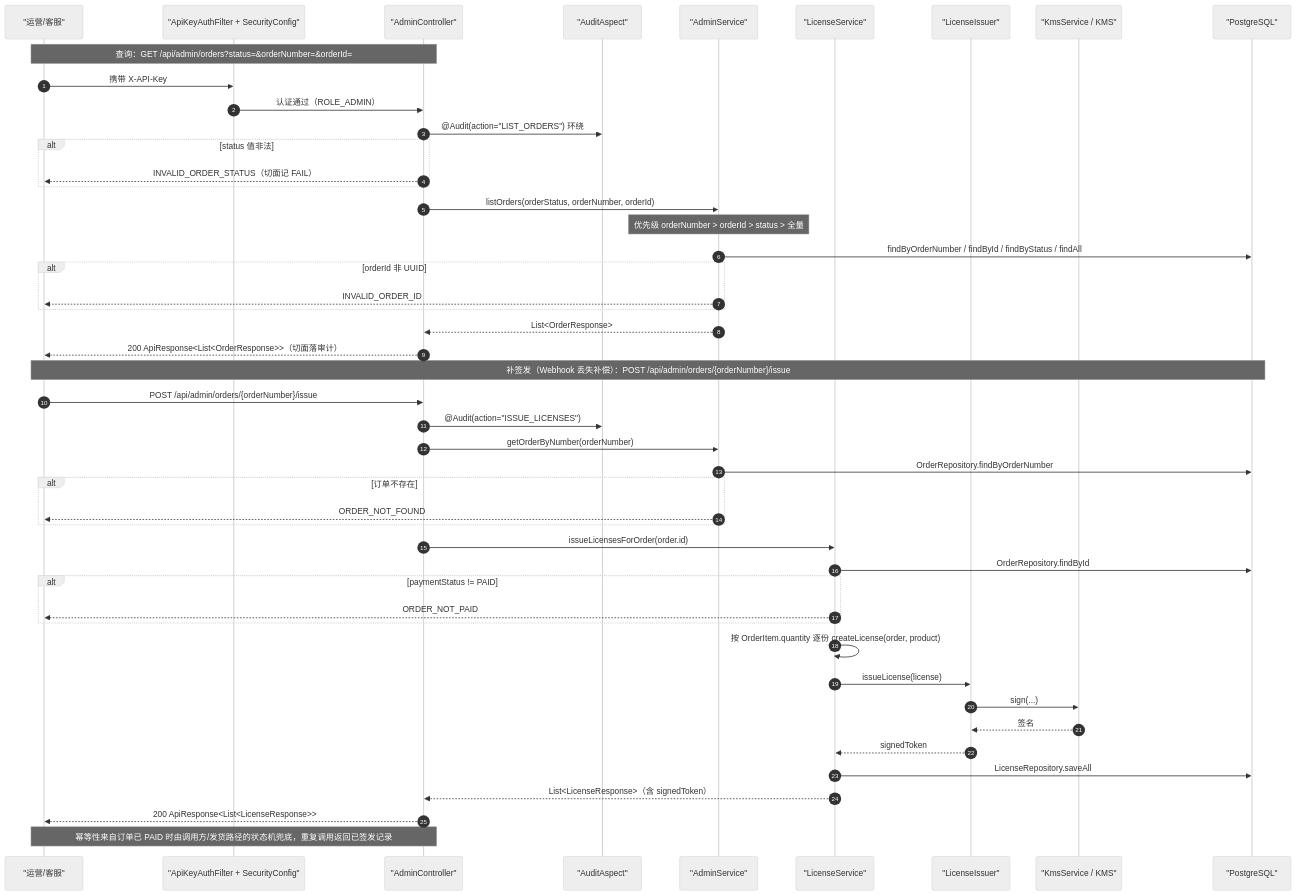
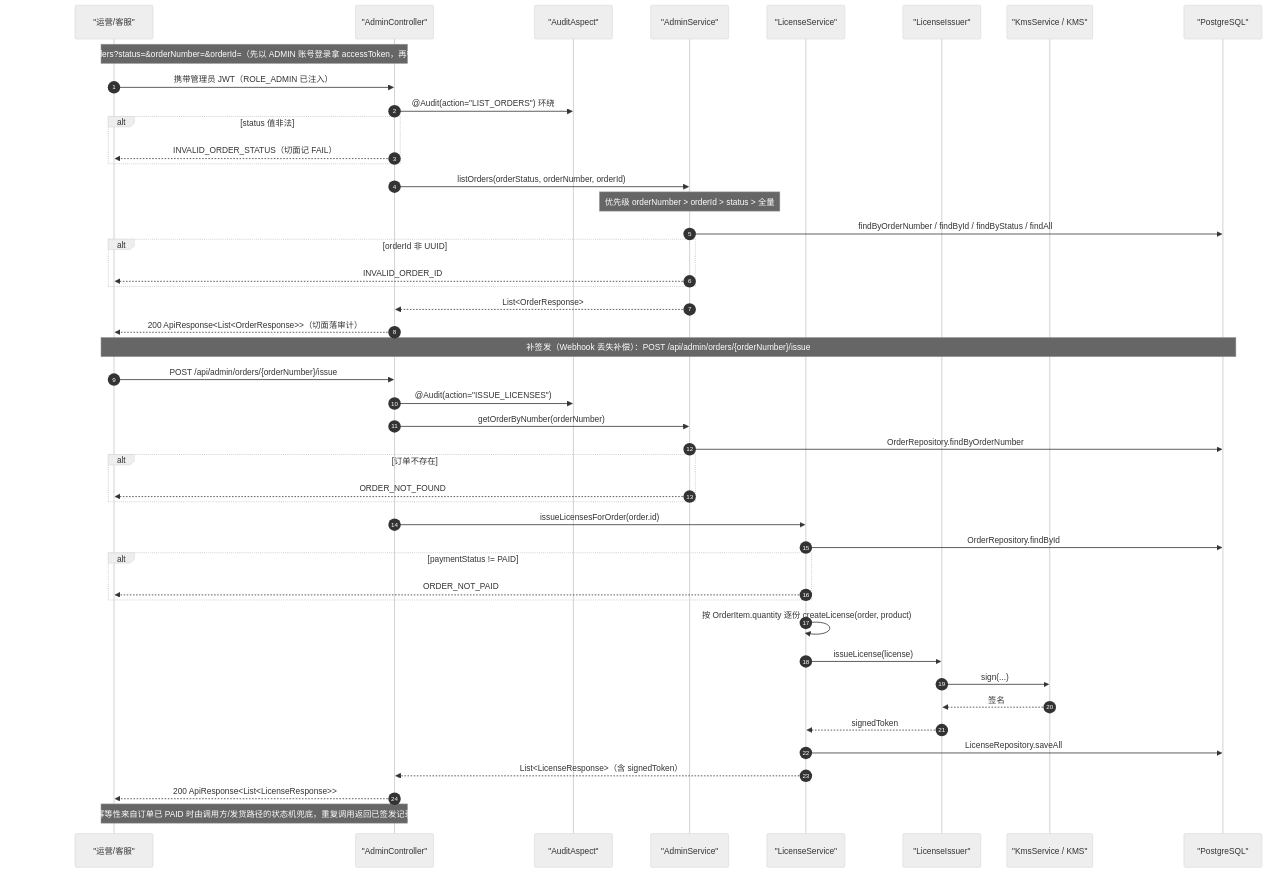
Diagram 13 of 16 in docs/接口调用时序图.md (qingchuang12/billing-license-service), drawn with Mermaid (neutral theme) before and after one commit. The commit also changed other lines of this file and 24 other files, not shown here.

First line of the commit message:
feat(security): 移除 X-API-Key 通道，管理端统一为管理员 JWT（plan-6.0 A12 + B3）

````diff
--- a/docs/接口调用时序图.md
+++ b/docs/接口调用时序图.md
@@ -704,52 +701,50 @@
 ```mermaid
 sequenceDiagram
     autonumber
     participant OP as "运营/客服"
-    participant AK as "ApiKeyAuthFilter + SecurityConfig"
     participant AC as "AdminController"
     participant AA as "AuditAspect"
     participant AS as "AdminService"
     participant LS as "LicenseService"
     participant LI as "LicenseIssuer"
     participant KMS as "KmsService / KMS"
     participant DB as "PostgreSQL"
 
-    Note over OP,AC: 查询：GET /api/admin/orders?status=&orderNumber=&orderId=
-    OP->>AK: 携带 X-API-Key
-    AK->>AC: 认证通过（ROLE_ADMIN）
+    Note over OP,AC: 查询：GET /api/admin/orders?status=&orderNumber=&orderId=（先以 ADMIN 账号登录拿 accessToken，再带 Authorization: Bearer）
+    OP->>AC: 携带管理员 JWT（ROLE_ADMIN 已注入）
     AC->>AA: @Audit(action="LIST_ORDERS") 环绕
     alt status 值非法
         AC-->>OP: INVALID_ORDER_STATUS（切面记 FAIL）
     end
     AC->>AS: listOrders(orderStatus, orderNumber, orderId)
     Note over AS: 优先级 orderNumber > orderId > status > 全量
     AS->>DB: findByOrderNumber / findById / findByStatus / findAll
     alt orderId 非 UUID
         AS-->>OP: INVALID_ORDER_ID
     end
     AS-->>AC: List<OrderResponse>
     AC-->>OP: 200 ApiResponse<List<OrderResponse>>（切面落审计）
 
     Note over OP,DB: 补签发（Webhook 丢失补偿）：POST /api/admin/orders/{orderNumber}/issue
     OP->>AC: POST /api/admin/orders/{orderNumber}/issue
     AC->>AA: @Audit(action="ISSUE_LICENSES")
     AC->>AS: getOrderByNumber(orderNumber)
     AS->>DB: OrderRepository.findByOrderNumber
     alt 订单不存在
         AS-->>OP: ORDER_NOT_FOUND
     end
     AC->>LS: issueLicensesForOrder(order.id)
     LS->>DB: OrderRepository.findById
     alt paymentStatus != PAID
         LS-->>OP: ORDER_NOT_PAID
     end
     LS->>LS: 按 OrderItem.quantity 逐份 createLicense(order, product)
     LS->>LI: issueLicense(license)
     LI->>KMS: sign(...)
     KMS-->>LI: 签名
     LI-->>LS: signedToken
     LS->>DB: LicenseRepository.saveAll
     LS-->>AC: List<LicenseResponse>（含 signedToken）
     AC-->>OP: 200 ApiResponse<List<LicenseResponse>>
     Note over OP,AC: 幂等性来自订单已 PAID 时由调用方/发货路径的状态机兜底，重复调用返回已签发记录
 ```
````
